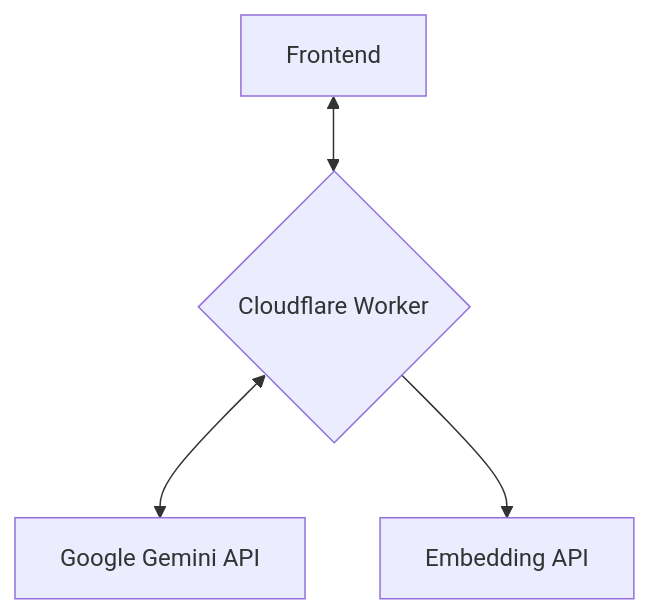
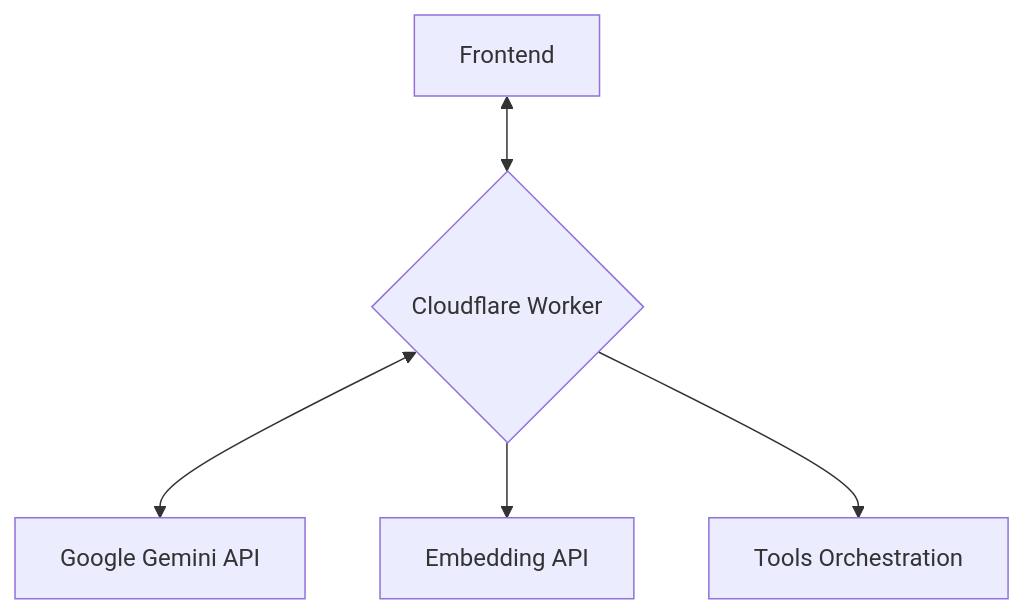
The second of 3 diagrams in docs/MCP.md (Gmpho/AI-powered-Static-portfolio), drawn with Mermaid before and after one commit. The commit also changed other lines of this file and 24 other files, not shown here.

````diff
--- a/docs/MCP.md
+++ b/docs/MCP.md
@@ -24,5 +24,6 @@
 ```mermaid
 graph TD
     A[Frontend] <--> B{Cloudflare Worker} <--> C[Google Gemini API];
     B --> D[Embedding API];
+    B --> F[Tools Orchestration];
 ```
````
